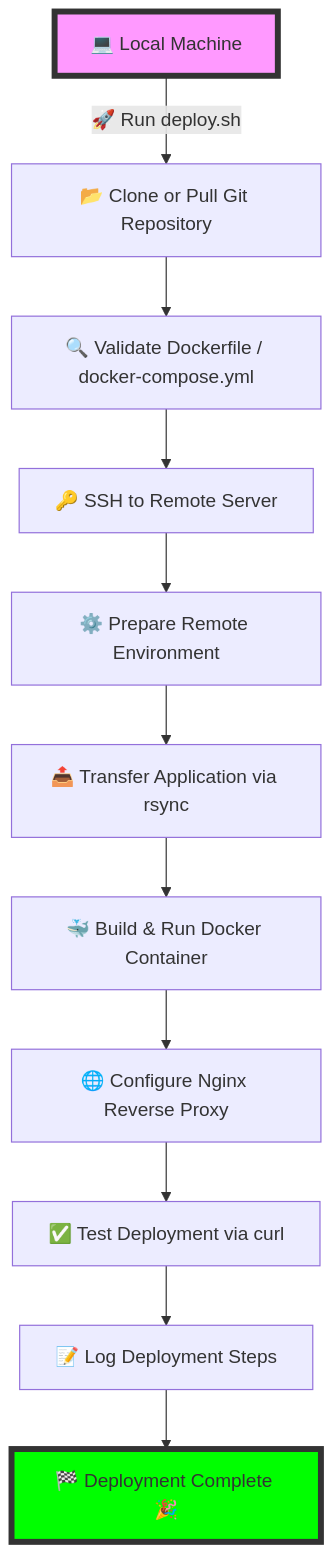
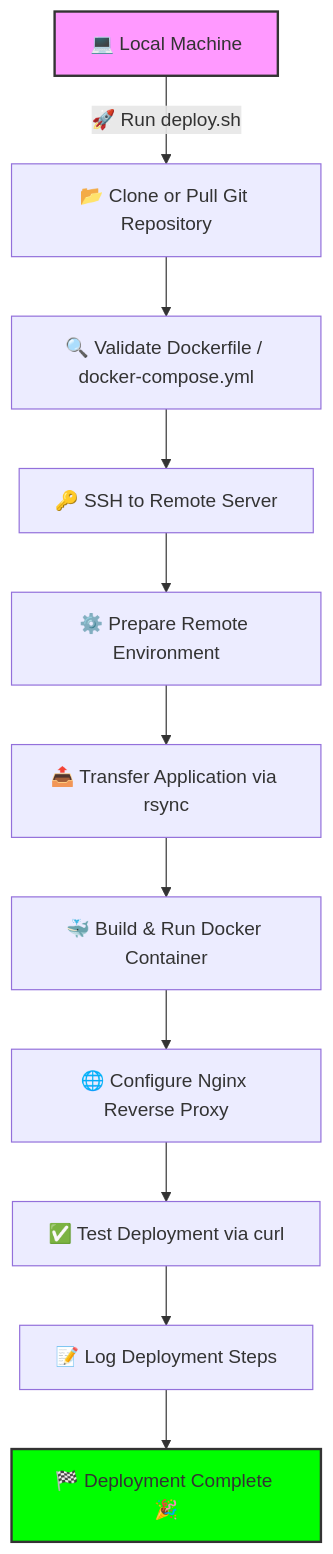
Before and after one commit to sudo-gigi/HNG13-STAGE-1-: the diagram in README.md, drawn with Mermaid.

````diff
--- a/README.md
+++ b/README.md
@@ -88,16 +88,16 @@
 ```mermaid
 flowchart TD
     A[💻 Local Machine] -->|🚀 Run deploy.sh| B[📂 Clone or Pull Git Repository]
     B --> C[🔍 Validate Dockerfile / docker-compose.yml]
     C --> D[🔑 SSH to Remote Server]
     D --> E[⚙️ Prepare Remote Environment]
     E --> F[📤 Transfer Application via rsync]
     F --> G[🐳 Build & Run Docker Container]
     G --> H[🌐 Configure Nginx Reverse Proxy]            
     H --> I[✅ Test Deployment via curl]
     I --> J[📝 Log Deployment Steps]
     J --> K[🏁 Deployment Complete 🎉]
 
-    style A fill:#f9f,stroke:#333,stroke-width:5px
-    style K fill:#0f0,stroke:#333,stroke-width:5px
+    style A fill:#f9f,stroke:#333,stroke-width:2px
+    style K fill:#0f0,stroke:#333,stroke-width:2px
 ```
````
